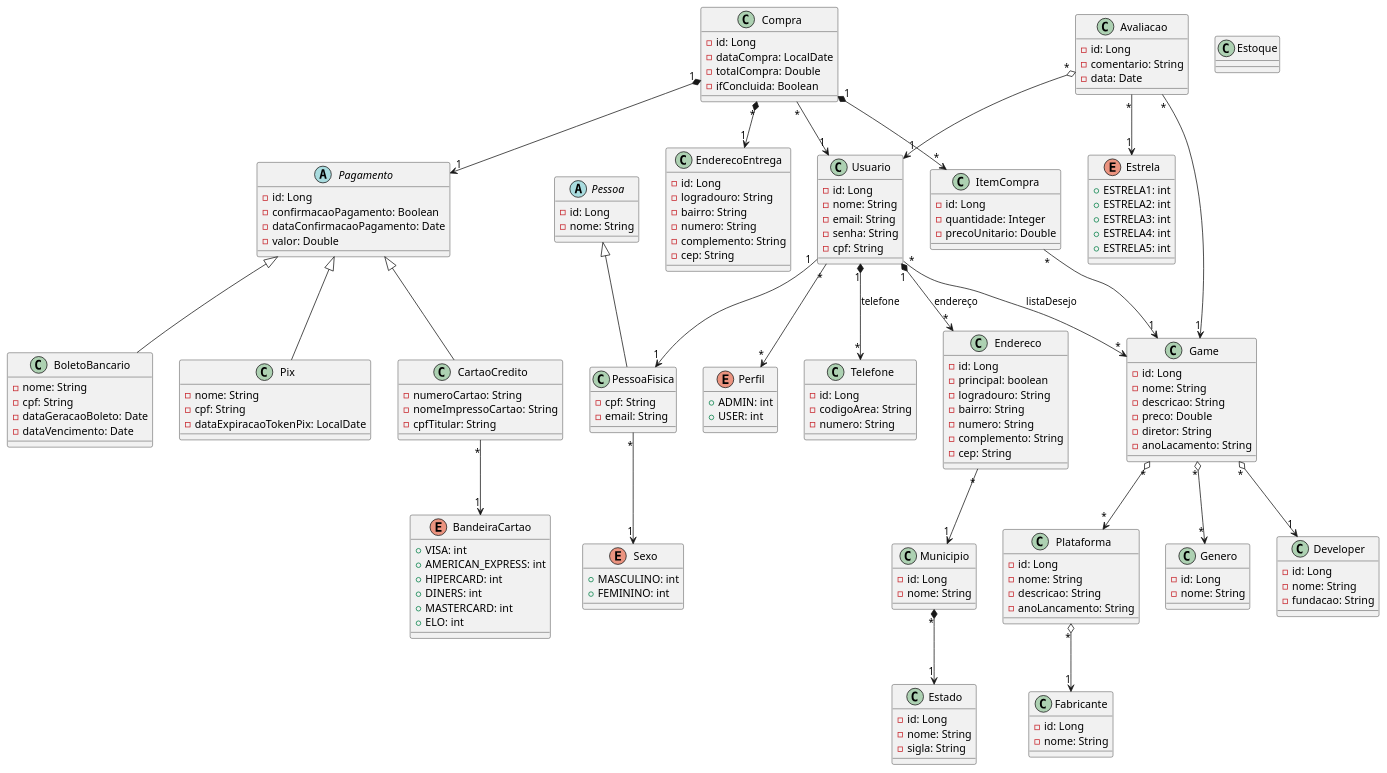
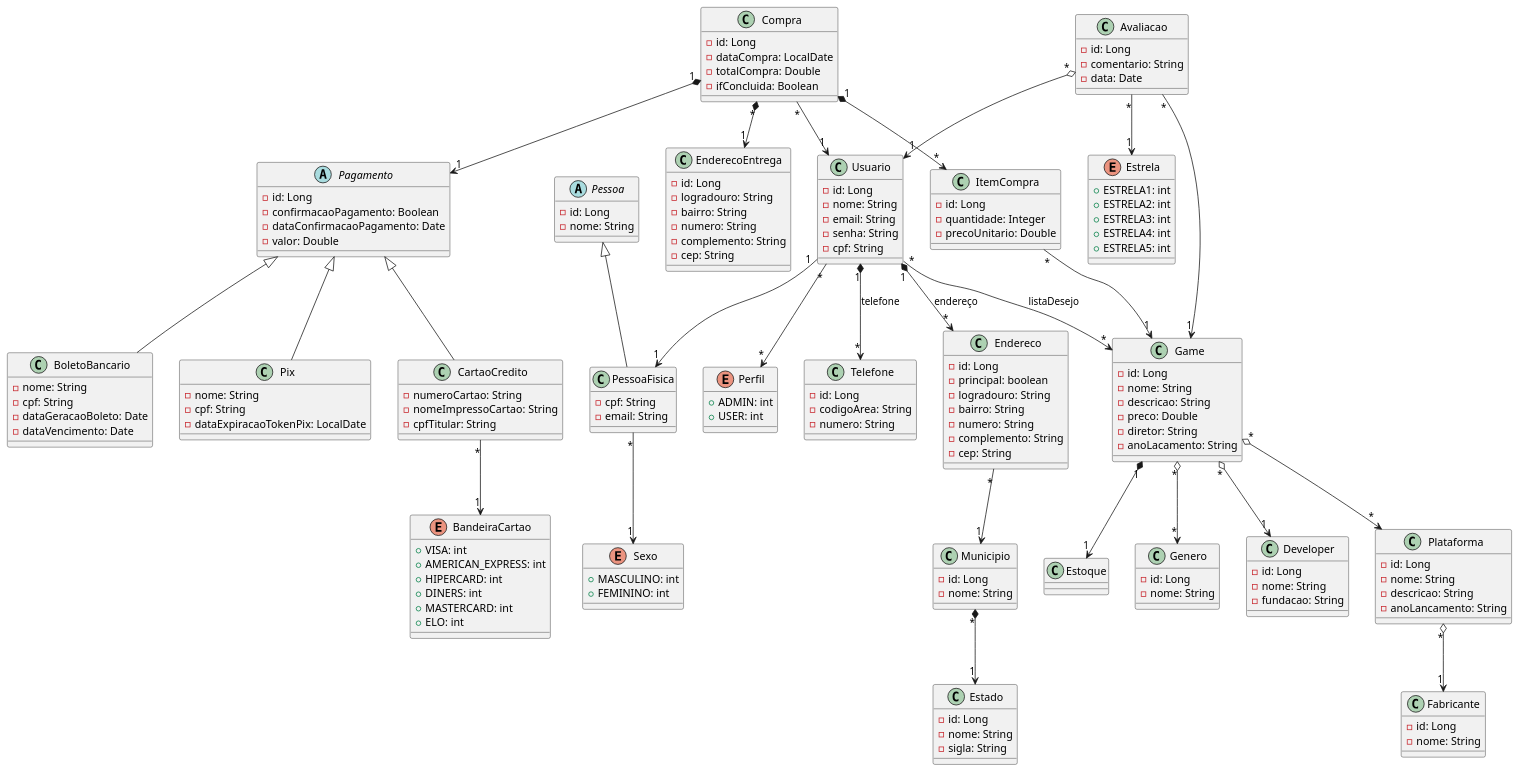
The diagram in Games.plantuml (alvesluis311/ProjetoECommerce), drawn with PlantUML before and after one commit.

Commit message:
relacionamento game e estoque

```diff
--- a/Games.plantuml
+++ b/Games.plantuml
@@ -188,6 +188,7 @@
     Game "*" o--> "*" Genero
     Game "*" o--> "1" Developer
     Game "*" o--> "*" Plataforma
+    Game "1" *--> "1" Estoque
 
     Plataforma "*" o--> "1" Fabricante
 
```
